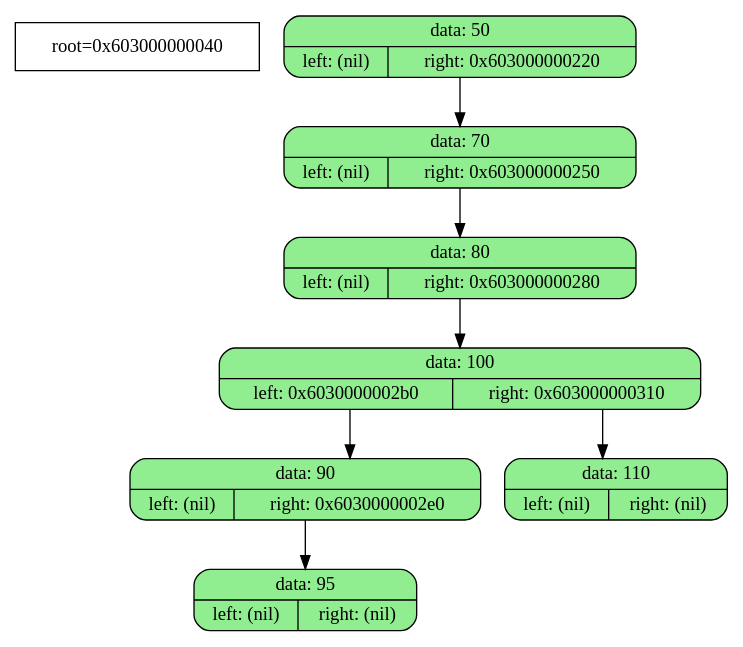
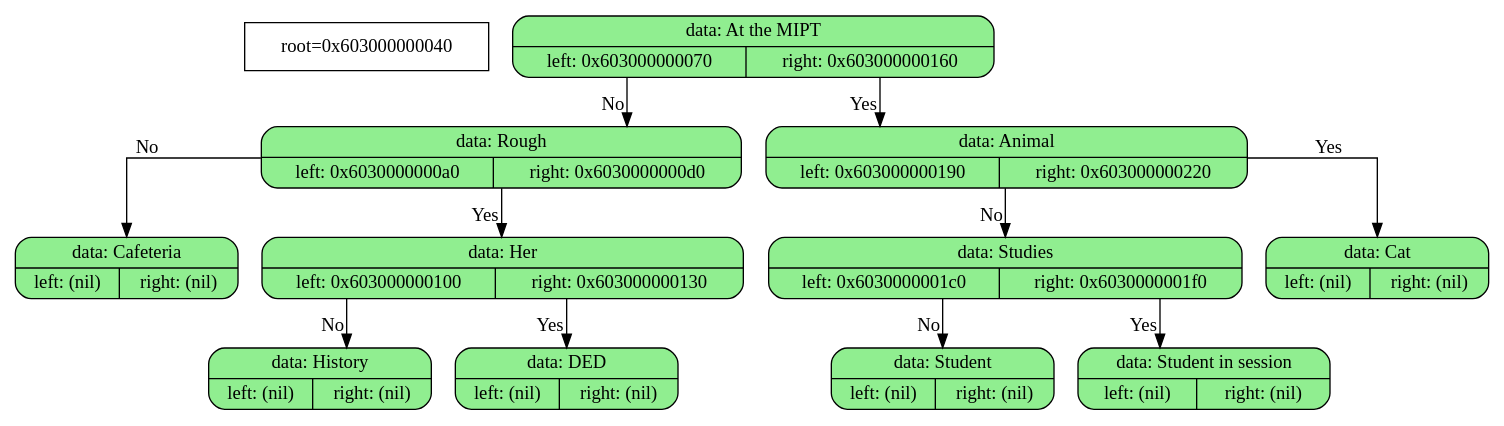
One commit to Yan103/Akinator changed the diagram in DumpFiles/dump.dot. Above: the diagram before and after it, drawn with Graphviz. The commit also changed 15 other files, not shown here.

```diff
--- a/DumpFiles/dump.dot
+++ b/DumpFiles/dump.dot
@@ -1,13 +1,28 @@
 digraph tree{
     node[shape=record,fontsize=14];
     splines=ortho
     info[label="root=0x603000000040"]
 
-  	node0x603000000040[shape=Mrecord,style="rounded,filled",fillcolor="lightgreen",label="{data: 50 | { left: (nil) | right: 0x603000000220 }}"]	node0x603000000040->node0x603000000220
-	node0x603000000220[shape=Mrecord,style="rounded,filled",fillcolor="lightgreen",label="{data: 70 | { left: (nil) | right: 0x603000000250 }}"]	node0x603000000220->node0x603000000250
-	node0x603000000250[shape=Mrecord,style="rounded,filled",fillcolor="lightgreen",label="{data: 80 | { left: (nil) | right: 0x603000000280 }}"]	node0x603000000250->node0x603000000280
-	node0x603000000280[shape=Mrecord,style="rounded,filled",fillcolor="lightgreen",label="{data: 100 | { left: 0x6030000002b0 | right: 0x603000000310 }}"]	node0x603000000280->node0x6030000002b0
-	node0x6030000002b0[shape=Mrecord,style="rounded,filled",fillcolor="lightgreen",label="{data: 90 | { left: (nil) | right: 0x6030000002e0 }}"]	node0x6030000002b0->node0x6030000002e0
-	node0x6030000002e0[shape=Mrecord,style="rounded,filled",fillcolor="lightgreen",label="{data: 95 | { left: (nil) | right: (nil) }}"]	node0x603000000280->node0x603000000310
-	node0x603000000310[shape=Mrecord,style="rounded,filled",fillcolor="lightgreen",label="{data: 110 | { left: (nil) | right: (nil) }}"]
+  	node0x603000000040[shape=Mrecord,style="rounded,filled",fillcolor="lightgreen",label="{data: At the MIPT | { left: 0x603000000070 | right: 0x603000000160 }}"]
+	node0x603000000040->node0x603000000070[xlabel="No"]
+	node0x603000000070[shape=Mrecord,style="rounded,filled",fillcolor="lightgreen",label="{data: Rough | { left: 0x6030000000a0 | right: 0x6030000000d0 }}"]
+	node0x603000000070->node0x6030000000a0[xlabel="No"]
+	node0x6030000000a0[shape=Mrecord,style="rounded,filled",fillcolor="lightgreen",label="{data: Cafeteria | { left: (nil) | right: (nil) }}"]
+	node0x603000000070->node0x6030000000d0[xlabel="Yes"]
+	node0x6030000000d0[shape=Mrecord,style="rounded,filled",fillcolor="lightgreen",label="{data: Her | { left: 0x603000000100 | right: 0x603000000130 }}"]
+	node0x6030000000d0->node0x603000000100[xlabel="No"]
+	node0x603000000100[shape=Mrecord,style="rounded,filled",fillcolor="lightgreen",label="{data: History | { left: (nil) | right: (nil) }}"]
+	node0x6030000000d0->node0x603000000130[xlabel="Yes"]
+	node0x603000000130[shape=Mrecord,style="rounded,filled",fillcolor="lightgreen",label="{data: DED | { left: (nil) | right: (nil) }}"]
+	node0x603000000040->node0x603000000160[xlabel="Yes"]
+	node0x603000000160[shape=Mrecord,style="rounded,filled",fillcolor="lightgreen",label="{data: Animal | { left: 0x603000000190 | right: 0x603000000220 }}"]
+	node0x603000000160->node0x603000000190[xlabel="No"]
+	node0x603000000190[shape=Mrecord,style="rounded,filled",fillcolor="lightgreen",label="{data: Studies | { left: 0x6030000001c0 | right: 0x6030000001f0 }}"]
+	node0x603000000190->node0x6030000001c0[xlabel="No"]
+	node0x6030000001c0[shape=Mrecord,style="rounded,filled",fillcolor="lightgreen",label="{data: Student | { left: (nil) | right: (nil) }}"]
+	node0x603000000190->node0x6030000001f0[xlabel="Yes"]
+	node0x6030000001f0[shape=Mrecord,style="rounded,filled",fillcolor="lightgreen",label="{data: Student in session | { left: (nil) | right: (nil) }}"]
+	node0x603000000160->node0x603000000220[xlabel="Yes"]
+	node0x603000000220[shape=Mrecord,style="rounded,filled",fillcolor="lightgreen",label="{data: Cat | { left: (nil) | right: (nil) }}"]
+
 }
```
